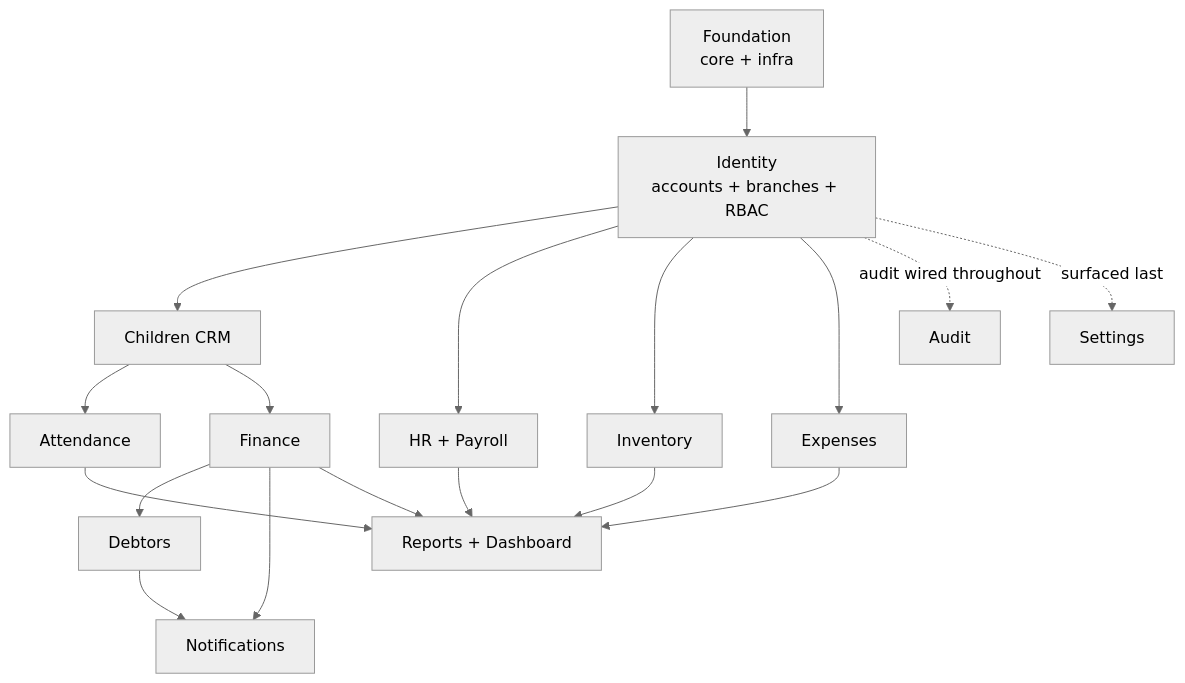
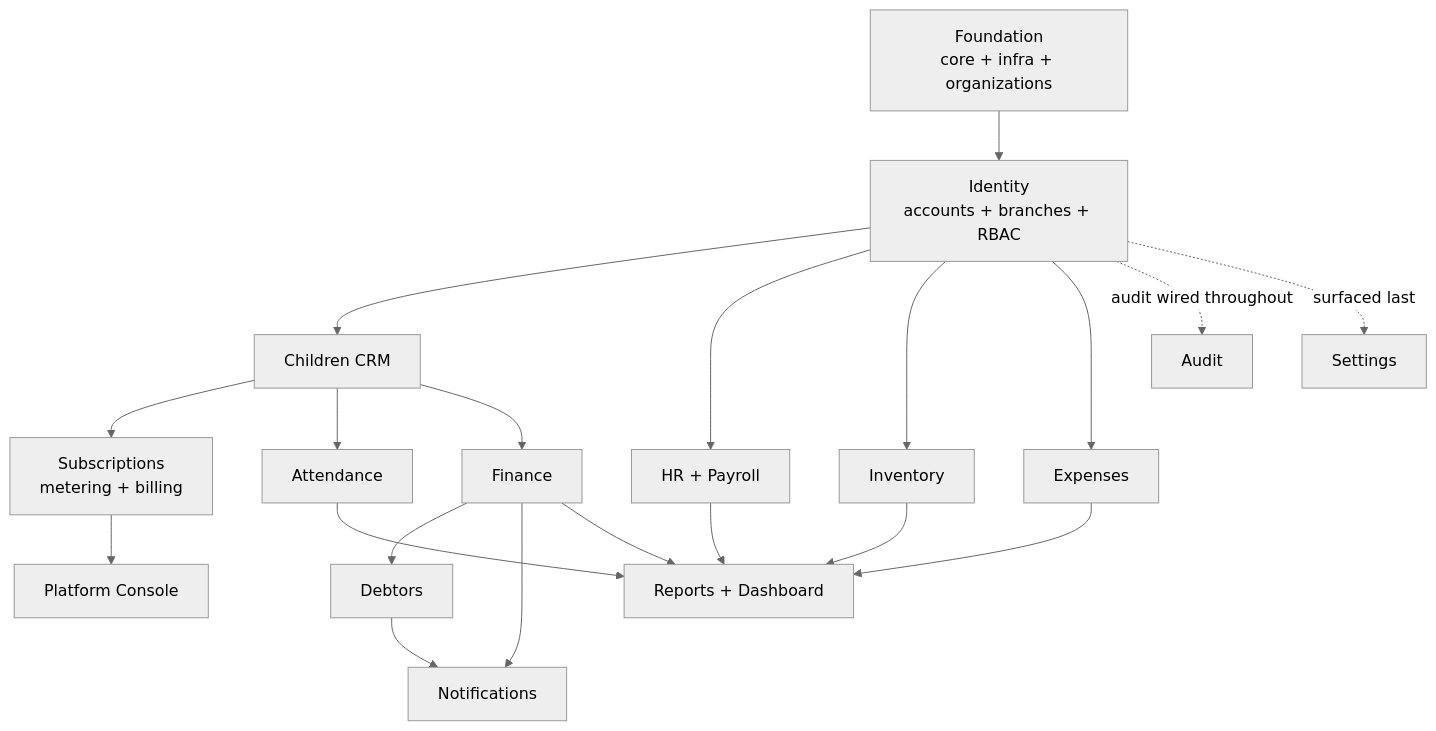
One commit to nizomiddin-rakhimberdiev/kg-crm changed the diagram in docs/06_Development_Roadmap.md. Above: the diagram before and after it, drawn with Mermaid (neutral theme). The commit also changed other lines of this file and 10 other files, not shown here.

````diff
--- a/docs/06_Development_Roadmap.md
+++ b/docs/06_Development_Roadmap.md
@@ -75,20 +78,22 @@
 ```mermaid
 graph TD
-    F[Foundation<br/>core + infra] --> ID[Identity<br/>accounts + branches + RBAC]
+    F[Foundation<br/>core + infra + organizations] --> ID[Identity<br/>accounts + branches + RBAC]
     ID --> CH[Children CRM]
+    CH --> SUB[Subscriptions<br/>metering + billing]
+    SUB --> PLAT[Platform Console]
     CH --> ATT[Attendance]
     CH --> FIN[Finance]
     FIN --> DEBT[Debtors]
     ID --> HR[HR + Payroll]
     ID --> INV[Inventory]
     ID --> EXP[Expenses]
     FIN --> NOTIF[Notifications]
     DEBT --> NOTIF
     FIN --> REP[Reports + Dashboard]
     ATT --> REP
     HR --> REP
     INV --> REP
     EXP --> REP
     ID -.audit wired throughout.-> AUD[Audit]
     ID -.surfaced last.-> SET[Settings]
 ```
````
